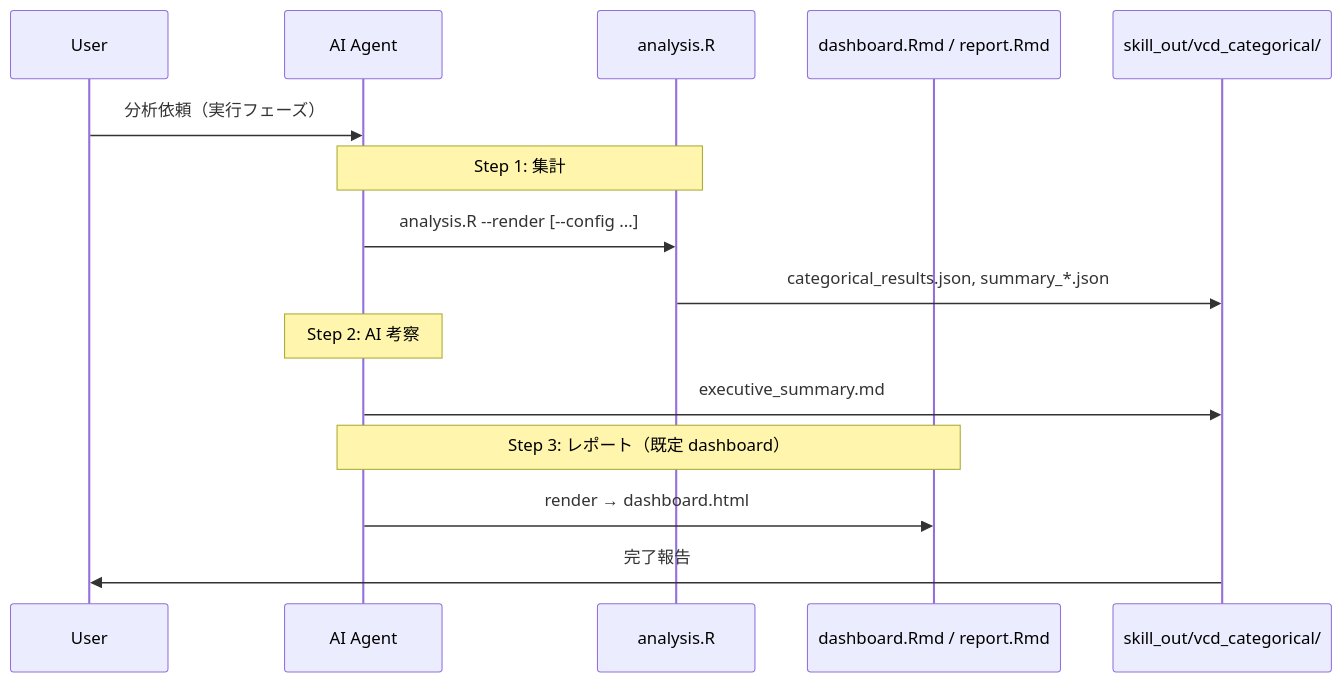
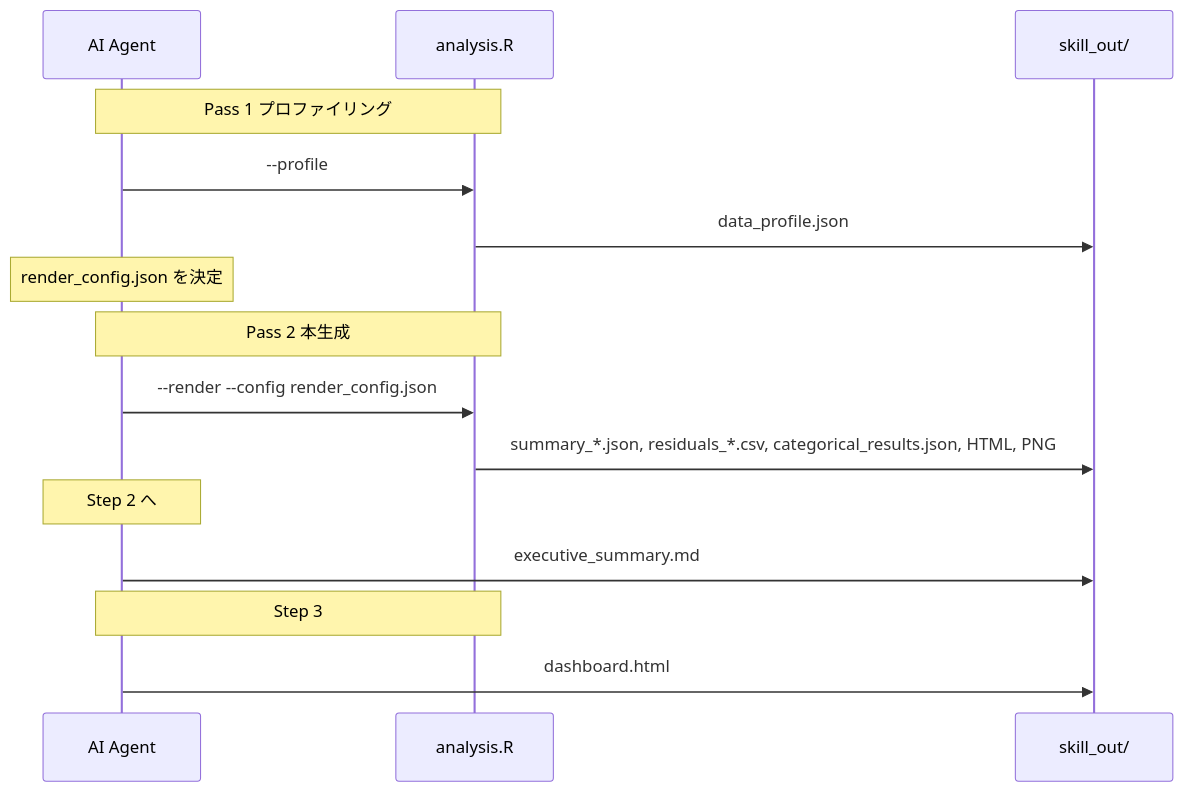
The second of 2 diagrams in .cursor/skills/vcd-categorical-analysis/references/workflow.md (syrius2000/rwd-mysql-skill-toolkit), drawn with Mermaid before and after one commit. The commit also changed other lines of this file and 106 other files, not shown here.

First line of the commit message:
refactor(questionnaire-batch-analysis): update skill description and enhance execution workflow

````diff
--- a/.cursor/skills/vcd-categorical-analysis/references/workflow.md
+++ b/.cursor/skills/vcd-categorical-analysis/references/workflow.md
@@ -3,21 +24,21 @@
 ```mermaid
 sequenceDiagram
-    participant User
     participant AI as AI Agent
     participant R as analysis.R
-    participant Rmd as dashboard.Rmd / report.Rmd
-    participant Out as skill_out/vcd_categorical/
+    participant Out as skill_out/
 
-    User->>AI: 分析依頼（実行フェーズ）
+    Note over AI,R: Pass 1 プロファイリング
+    AI->>R: --profile
+    R->>Out: data_profile.json
 
-    Note over AI,R: Step 1: 集計
-    AI->>R: analysis.R --render [--config ...]
-    R->>Out: categorical_results.json, summary_*.json
+    Note over AI: render_config.json を決定
+    Note over AI,R: Pass 2 本生成
+    AI->>R: --render --config render_config.json
+    R->>Out: summary_*.json, residuals_*.csv, categorical_results.json, HTML, PNG
 
-    Note over AI: Step 2: AI 考察
+    Note over AI: Step 2 へ
     AI->>Out: executive_summary.md
 
-    Note over AI,Rmd: Step 3: レポート（既定 dashboard）
-    AI->>Rmd: render → dashboard.html
-    Out->>User: 完了報告
+    Note over AI,R: Step 3
+    AI->>Out: dashboard.html
 ```
````
